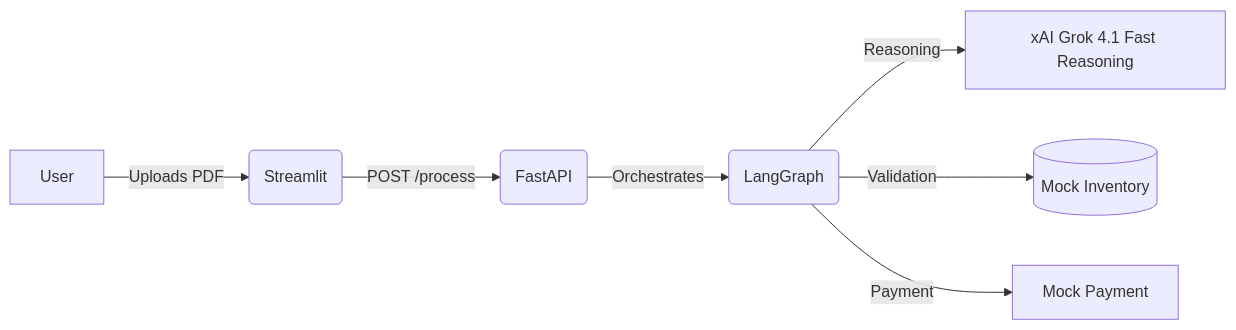
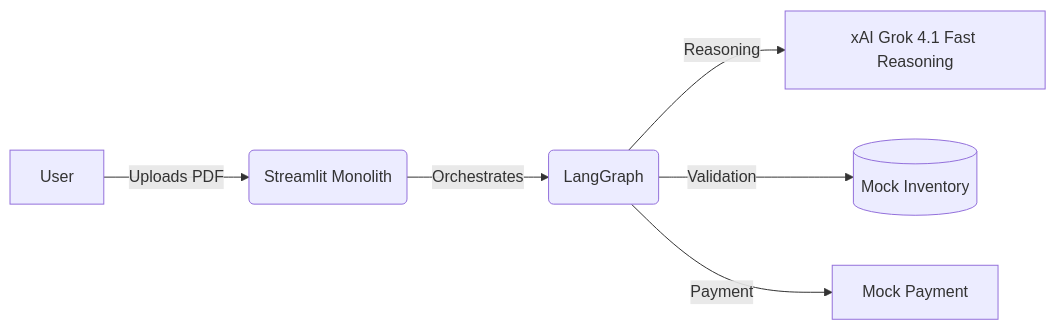
The diagram in docs/demo_script.md (DevDizzle/galatiq-invoice-agent), drawn with Mermaid before and after one commit. The commit also changed other lines of this file and 6 other files, not shown here.

Commit message:
Refactor to monolithic architecture: remove backend service, update docs, and cleanup requirements

````diff
--- a/docs/demo_script.md
+++ b/docs/demo_script.md
@@ -10,9 +10,8 @@
 ```mermaid
 graph LR
-    User[User] -->|Uploads PDF| Frontend(Streamlit)
-    Frontend -->|POST /process| Backend(FastAPI)
-    Backend -->|Orchestrates| Graph(LangGraph)
+    User[User] -->|Uploads PDF| App(Streamlit Monolith)
+    App -->|Orchestrates| Graph(LangGraph)
     Graph -->|Reasoning| Grok[xAI Grok 4.1 Fast Reasoning]
     Graph -->|Validation| DB[(Mock Inventory)]
     Graph -->|Payment| PayAPI[Mock Payment]
 ```
````
